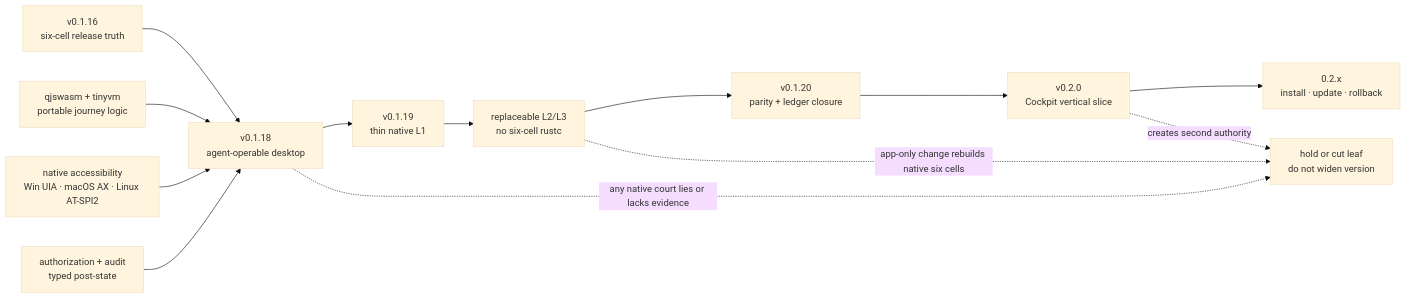
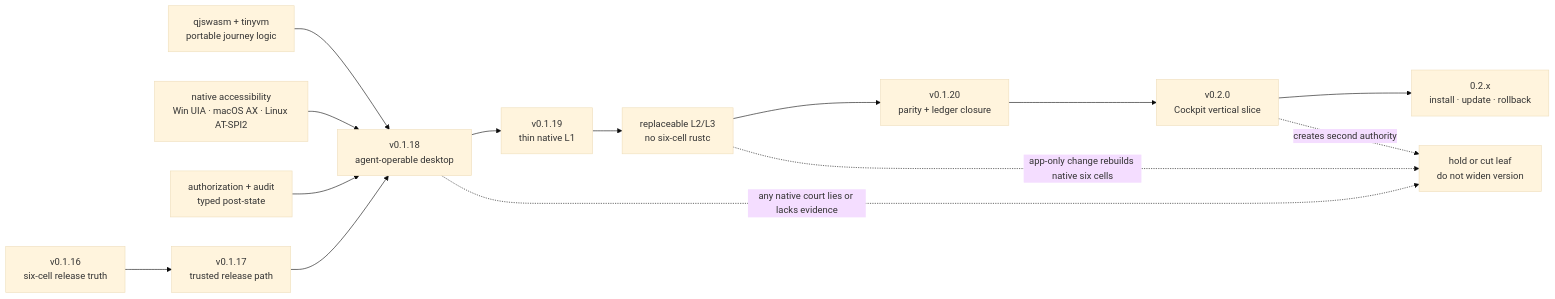
The diagram in prd/PRD_02_18_roadmap.md (partnernetsoftware/agenterm), drawn with Mermaid (base theme) before and after one commit. The commit also changed other lines of this file and 9 other files, not shown here.

Commit message:
docs(release): plan trusted v0.1.17 path

````diff
--- a/prd/PRD_02_18_roadmap.md
+++ b/prd/PRD_02_18_roadmap.md
@@ -44,23 +49,24 @@
 ```mermaid
 flowchart LR
   V16["v0.1.16<br/>six-cell release truth"]
   CU["v0.1.18<br/>agent-operable desktop"]
   Q["qjswasm + tinyvm<br/>portable journey logic"]
   A11Y["native accessibility<br/>Win UIA · macOS AX · Linux AT-SPI2"]
   AUTH["authorization + audit<br/>typed post-state"]
   L1["v0.1.19<br/>thin native L1"]
   L2["replaceable L2/L3<br/>no six-cell rustc"]
   CLOSE["v0.1.20<br/>parity + ledger closure"]
   CC["v0.2.0<br/>Cockpit vertical slice"]
   DIST["0.2.x<br/>install · update · rollback"]
   HOLD["hold or cut leaf<br/>do not widen version"]
 
-  V16 --> CU
+  R17["v0.1.17<br/>trusted release path"]
+  V16 --> R17 --> CU
   Q --> CU
   A11Y --> CU
   AUTH --> CU
   CU --> L1 --> L2 --> CLOSE --> CC --> DIST
   CU -. any native court lies or lacks evidence .-> HOLD
   L2 -. app-only change rebuilds native six cells .-> HOLD
   CC -. creates second authority .-> HOLD
 ```
````
